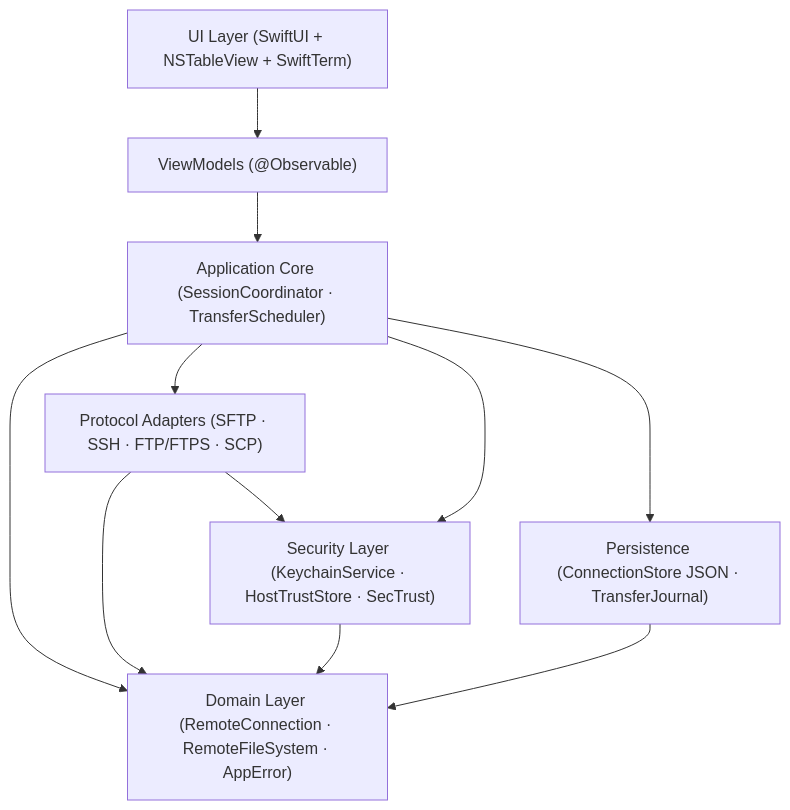
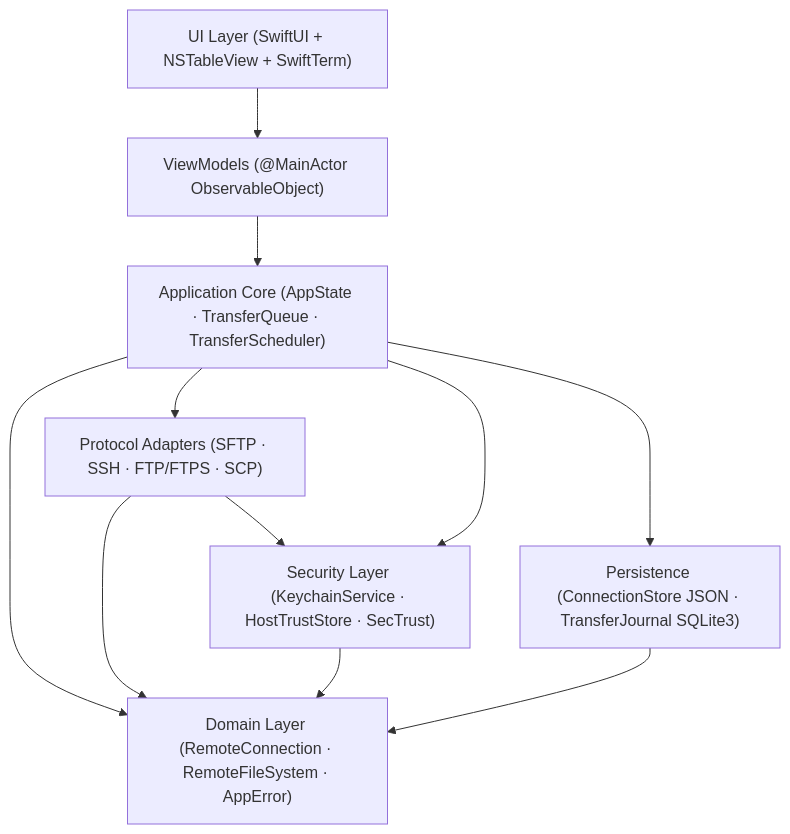
One commit to alsyundawy/SparkleSFTP changed the diagram in README.md. Above: the diagram before and after it, drawn with Mermaid. The commit also changed other lines of this file and 14 other files, not shown here.

````diff
--- a/README.md
+++ b/README.md
@@ -88,21 +92,21 @@
 ```mermaid
 flowchart TD
     UI["UI Layer (SwiftUI + NSTableView + SwiftTerm)"]
-    VM["ViewModels (@Observable)"]
-    APP["Application Core (SessionCoordinator · TransferScheduler)"]
+    VM["ViewModels (@MainActor ObservableObject)"]
+    APP["Application Core (AppState · TransferQueue · TransferScheduler)"]
     DOM["Domain Layer (RemoteConnection · RemoteFileSystem · AppError)"]
     PA["Protocol Adapters (SFTP · SSH · FTP/FTPS · SCP)"]
     SEC["Security Layer (KeychainService · HostTrustStore · SecTrust)"]
-    PERS["Persistence (ConnectionStore JSON · TransferJournal)"]
+    PERS["Persistence (ConnectionStore JSON · TransferJournal SQLite3)"]
 
     UI --> VM
     VM --> APP
     APP --> DOM
     PA --> DOM
     SEC --> DOM
     PERS --> DOM
     APP --> PA
     APP --> SEC
     APP --> PERS
     PA --> SEC
 ```
````
